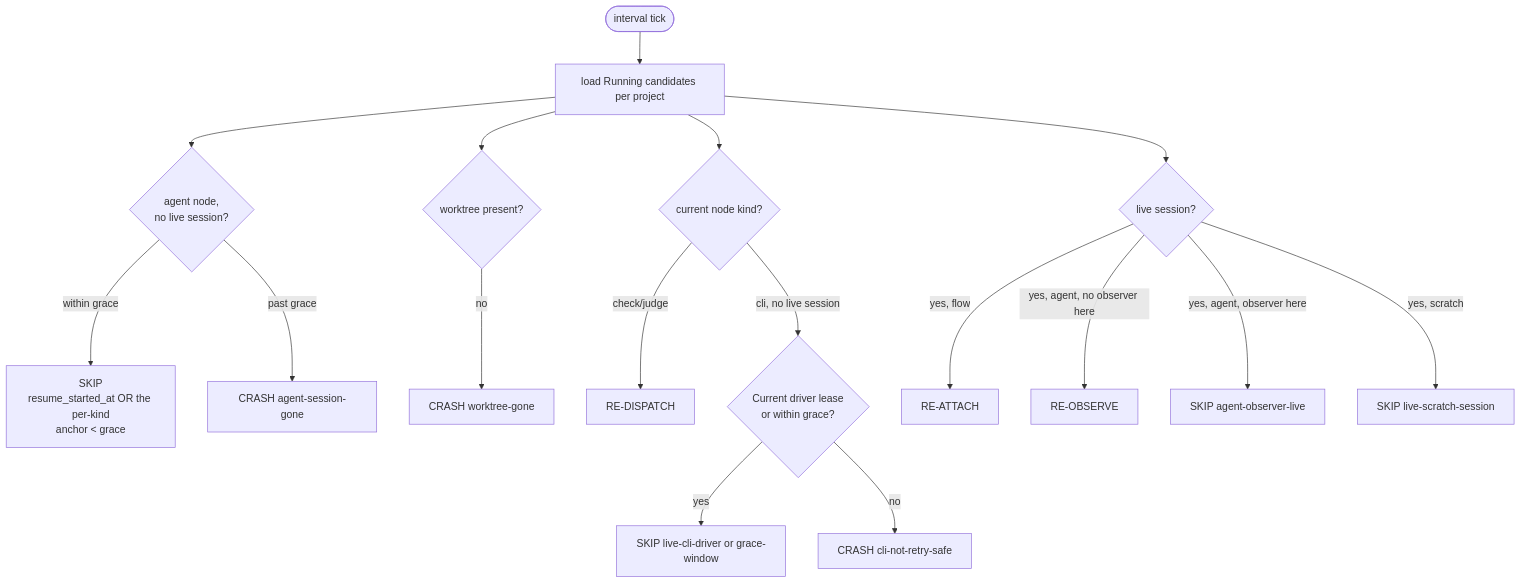
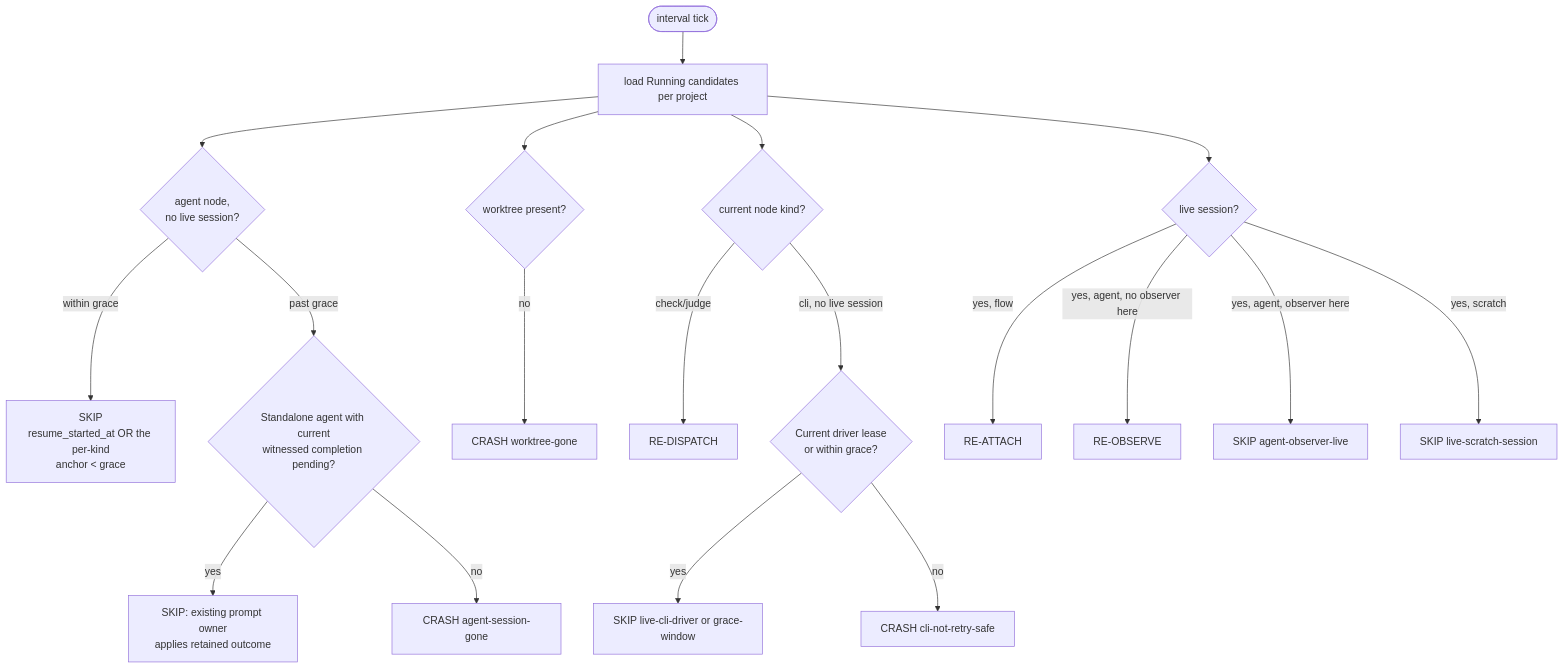
The third of 6 diagrams in docs/system-analytics/reconciliation-gc.md (maister-dev/maister), drawn with Mermaid before and after one commit. The commit also changed other lines of this file and 29 other files, not shown here.

Commit message:
fix(recovery): preserve pending agent completion owners

````diff
--- a/docs/system-analytics/reconciliation-gc.md
+++ b/docs/system-analytics/reconciliation-gc.md
@@ -258,19 +258,21 @@
 ```mermaid
 flowchart TD
     Tick([interval tick]) --> Candidates[load Running candidates per project]
     Candidates --> Grace{agent node,<br/>no live session?}
     Grace -- within grace --> SkipG[SKIP<br/>resume_started_at OR the per-kind<br/>anchor < grace]
-    Grace -- past grace --> CrashG[CRASH agent-session-gone]
+    Grace -- past grace --> Completion{Standalone agent with current<br/>witnessed completion pending?}
+    Completion -- yes --> Owner[SKIP: existing prompt owner<br/>applies retained outcome]
+    Completion -- no --> CrashG[CRASH agent-session-gone]
     Candidates --> Worktree{worktree present?}
     Worktree -- no --> CrashW[CRASH worktree-gone]
     Candidates --> Node{current node kind?}
     Node -- check/judge --> Redis[RE-DISPATCH]
     Node -- cli, no live session --> CliLease{Current driver lease<br/>or within grace?}
     CliLease -- yes --> SkipC[SKIP live-cli-driver or grace-window]
     CliLease -- no --> CrashC[CRASH cli-not-retry-safe]
     Candidates --> Sess{live session?}
     Sess -- yes, flow --> Reatt[RE-ATTACH]
     Sess -- yes, agent, no observer here --> Reobs[RE-OBSERVE]
     Sess -- yes, agent, observer here --> SkipO[SKIP agent-observer-live]
     Sess -- yes, scratch --> SkipS[SKIP live-scratch-session]
 ```
````
